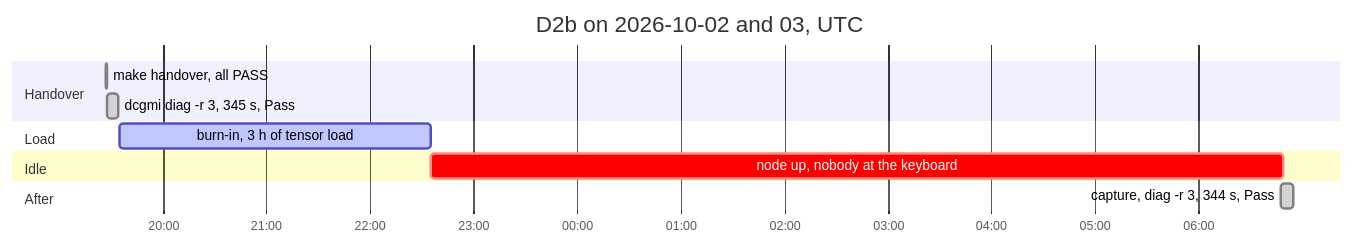
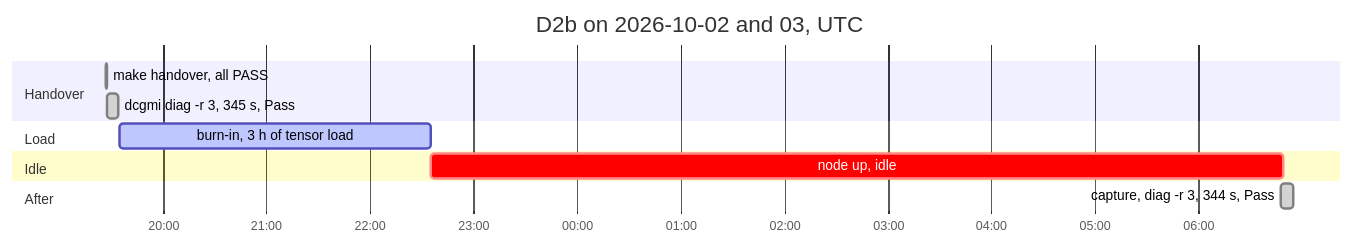
One commit to yassineteimi/nvidia-gpu-fleet-poc changed the fourth of 6 diagrams in docs/04-goodput-and-burn-in.md. Above: the diagram before and after it, drawn with Mermaid. The commit also changed other lines of this file and 9 other files, not shown here.

````diff
--- a/docs/04-goodput-and-burn-in.md
+++ b/docs/04-goodput-and-burn-in.md
@@ -223,16 +181,16 @@
 ```mermaid
 gantt
   title D2b on 2026-10-02 and 03, UTC
   dateFormat YYYY-MM-DDTHH:mm
   axisFormat %H:%M
   todayMarker off
   section Handover
     make handover, all PASS          :done, 2026-10-02T19:27, 1m
     dcgmi diag -r 3, 345 s, Pass     :done, 2026-10-02T19:28, 6m
   section Load
     burn-in, 3 h of tensor load      :active, 2026-10-02T19:35, 180m
   section Idle
-    node up, nobody at the keyboard  :crit, 2026-10-02T22:35, 494m
+    node up, idle                    :crit, 2026-10-02T22:35, 494m
   section After
     capture, diag -r 3, 344 s, Pass  :done, 2026-10-03T06:48, 7m
 ```
````
